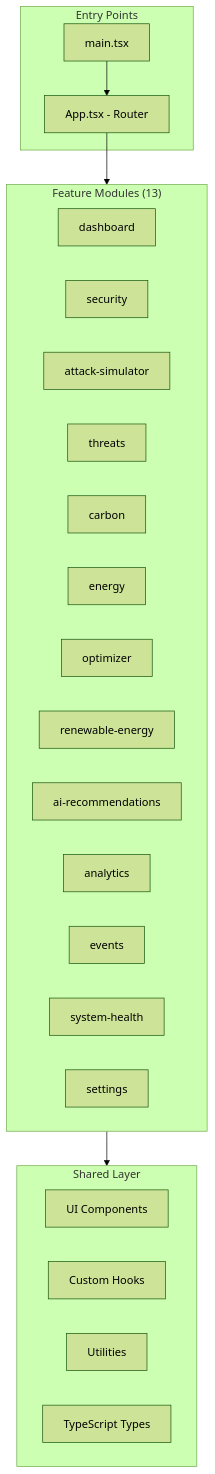
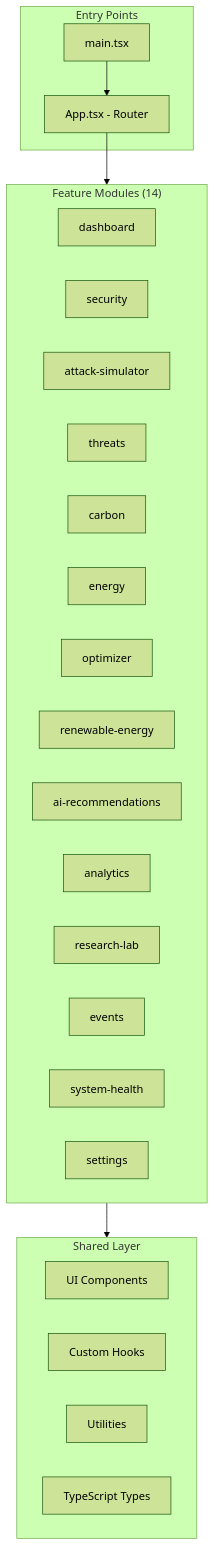
One commit to madhurpanpaliya267-web/CarbonGuard changed the third of 5 diagrams in docs/architecture.md. Above: the diagram before and after it, drawn with Mermaid (forest theme). The commit also changed other lines of this file and 5 other files, not shown here.

````diff
--- a/docs/architecture.md
+++ b/docs/architecture.md
@@ -138,34 +163,35 @@
 ```mermaid
 graph TB
-    subgraph Features["Feature Modules (13)"]
+    subgraph Features["Feature Modules (14)"]
         F1[dashboard]
         F2[security]
         F3[attack-simulator]
         F4[threats]
         F5[carbon]
         F6[energy]
         F7[optimizer]
         F8[renewable-energy]
         F9[ai-recommendations]
         F10[analytics]
-        F11[events]
-        F12[system-health]
-        F13[settings]
+        F11[research-lab]
+        F12[events]
+        F13[system-health]
+        F14[settings]
     end
 
     subgraph Shared["Shared Layer"]
         UI[UI Components]
         HOOKS[Custom Hooks]
         UTILS[Utilities]
         TYPES[TypeScript Types]
     end
 
     subgraph Entry["Entry Points"]
         APP[App.tsx - Router]
         MAIN[main.tsx]
     end
 
     MAIN --> APP
     APP --> Features
     Features --> Shared
 ```
````
